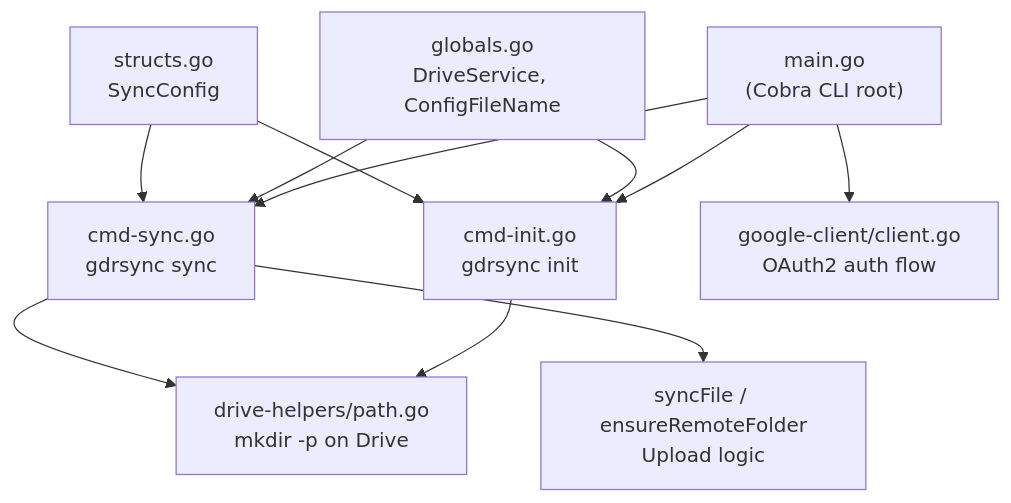
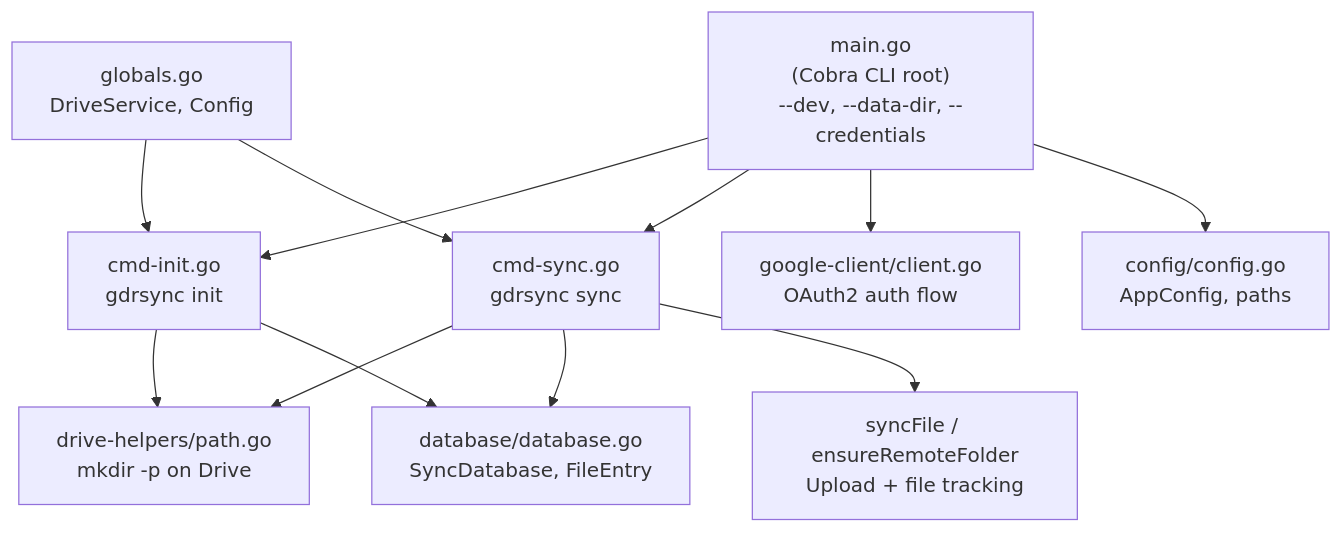
The diagram in playground/go/drive-rsync/WALKTHROUGH.md (erancihan/erancihan), drawn with Mermaid before and after one commit. The commit also changed other lines of this file and 3 other files, not shown here.

Commit message:
feat: add drive sync ignore logic

````diff
--- a/playground/go/drive-rsync/WALKTHROUGH.md
+++ b/playground/go/drive-rsync/WALKTHROUGH.md
@@ -11,13 +11,14 @@
 ```mermaid
 graph TD
-    A["main.go<br/>(Cobra CLI root)"] --> B["cmd-init.go<br/>gdrsync init <path>"]
+    A["main.go<br/>(Cobra CLI root)<br/>--dev, --data-dir, --credentials"] --> B["cmd-init.go<br/>gdrsync init"]
     A --> C["cmd-sync.go<br/>gdrsync sync"]
     A --> D["google-client/client.go<br/>OAuth2 auth flow"]
+    A --> CFG["config/config.go<br/>AppConfig, paths"]
     B --> E["drive-helpers/path.go<br/>mkdir -p on Drive"]
+    B --> DB["database/database.go<br/>SyncDatabase, FileEntry"]
     C --> E
-    C --> F["syncFile / ensureRemoteFolder<br/>Upload logic"]
-    G["globals.go<br/>DriveService, ConfigFileName"] --> B
+    C --> DB
+    C --> F["syncFile / ensureRemoteFolder<br/>Upload + file tracking"]
+    G["globals.go<br/>DriveService, Config"] --> B
     G --> C
-    H["structs.go<br/>SyncConfig"] --> B
-    H --> C
 ```
````
